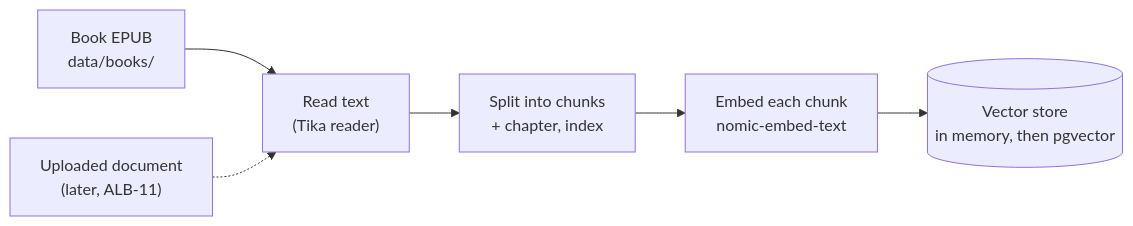
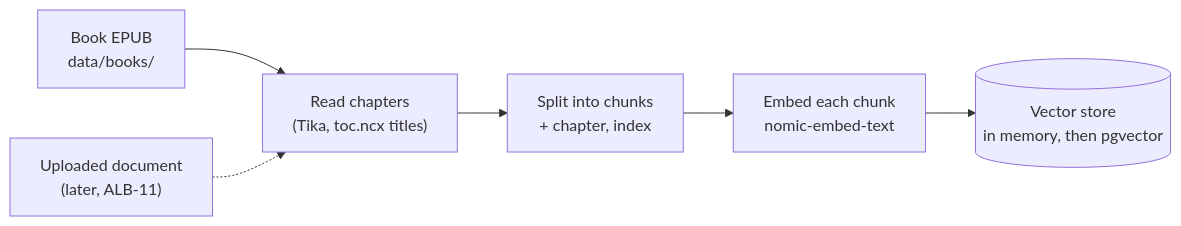
The second of 3 diagrams in docs/architecture.md (albercode10/ask-my-docs), drawn with Mermaid before and after one commit. The commit also changed other lines of this file and 41 other files, not shown here.

````diff
--- a/docs/architecture.md
+++ b/docs/architecture.md
@@ -39,8 +39,8 @@
 ```mermaid
 flowchart LR
-    book["Book EPUB<br/>data/books/"] --> read["Read text<br/>(Tika reader)"]
+    book["Book EPUB<br/>data/books/"] --> read["Read chapters<br/>(Tika, toc.ncx titles)"]
     upload["Uploaded document<br/>(later, ALB-11)"] -.-> read
     read --> chunk["Split into chunks<br/>+ chapter, index"]
     chunk --> embed["Embed each chunk<br/>nomic-embed-text"]
     embed --> store[("Vector store<br/>in memory, then pgvector")]
 ```
````
